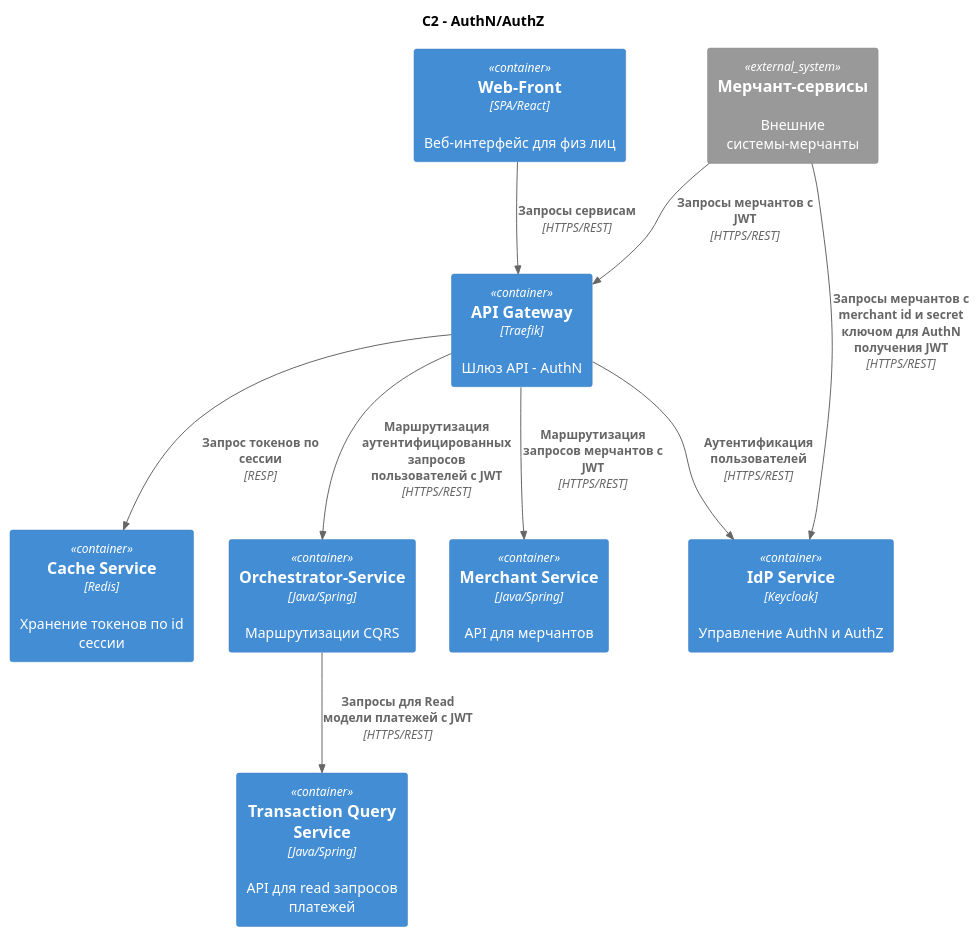
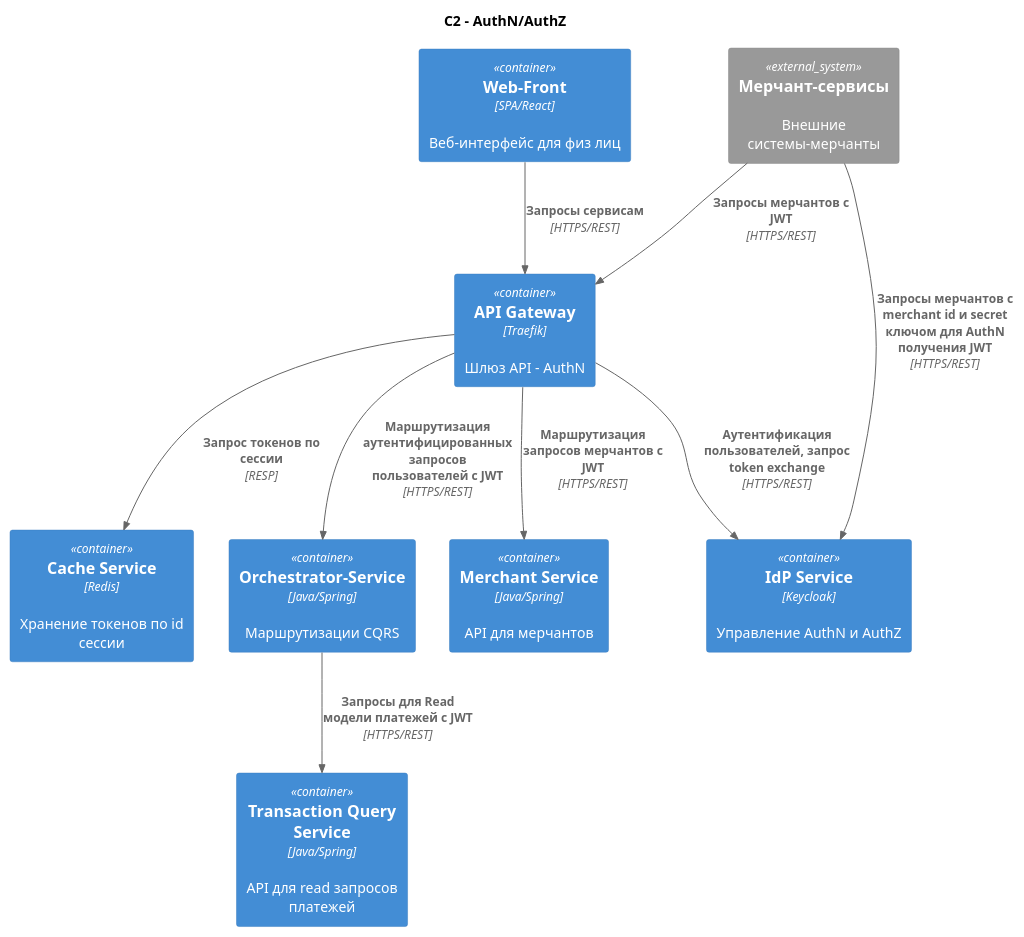
Before and after one commit to NerouN1919/SDIA: the diagram in payment/auth/C2_auth.puml, drawn with PlantUML. The commit also changed 17 other files, not shown here.

```diff
--- a/payment/auth/C2_auth.puml
+++ b/payment/auth/C2_auth.puml
@@ -1,24 +1,24 @@
 @startuml
 !include https://raw.githubusercontent.com/plantuml-stdlib/C4-PlantUML/master/C4_Container.puml
 
 title С2 - AuthN/AuthZ
 
 Container(users_front, "Web-Front", "SPA/React", "Веб-интерфейс для физ лиц")
 Container(api_gateway, "API Gateway", "Traefik", "Шлюз API - AuthN")
 Container(idp, "IdP Service", "Keycloak", "Управление AuthN и AuthZ")
 Container(cache, "Cache Service", "Redis", "Хранение токенов по id сессии")
 Container(orchestrator_service, "Orchestrator-Service", "Java/Spring", "Маршрутизации CQRS")
 Container(transaction_query_service, "Transaction Query Service", "Java/Spring", "API для read запросов платежей")
 System_Ext(merchant_system, "Мерчант-сервисы", "Внешние системы-мерчанты")
 Container(merchant_service, "Merchant Service", "Java/Spring", "API для мерчантов")
 
 
 Rel(users_front, api_gateway, "Запросы сервисам", "HTTPS/REST")
-Rel(api_gateway, idp, "Аутентификация пользователей", "HTTPS/REST")
+Rel(api_gateway, idp, "Аутентификация пользователей, запрос token exchange", "HTTPS/REST")
 Rel(api_gateway, cache, "Запрос токенов по сессии", "RESP")
 Rel(api_gateway, orchestrator_service, "Маршрутизация аутентифицированных запросов пользователей с JWT", "HTTPS/REST")
 Rel(orchestrator_service, transaction_query_service, "Запросы для Read модели платежей с JWT", "HTTPS/REST")
 Rel(merchant_system, idp, "Запросы мерчантов с merchant id и secret ключом для AuthN получения JWT", "HTTPS/REST")
 Rel(merchant_system, api_gateway, "Запросы мерчантов с JWT", "HTTPS/REST")
 Rel(api_gateway, merchant_service, "Маршрутизация запросов мерчантов с JWT", "HTTPS/REST")
 @enduml
```
